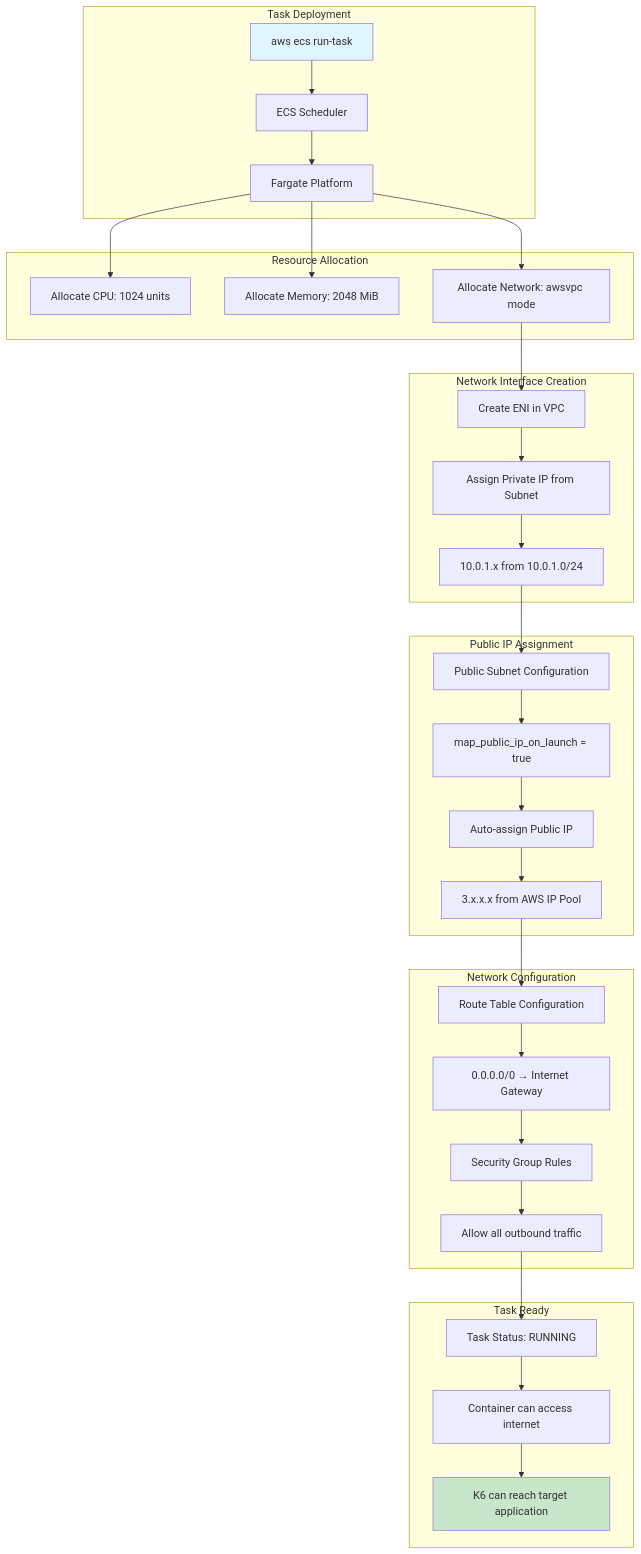
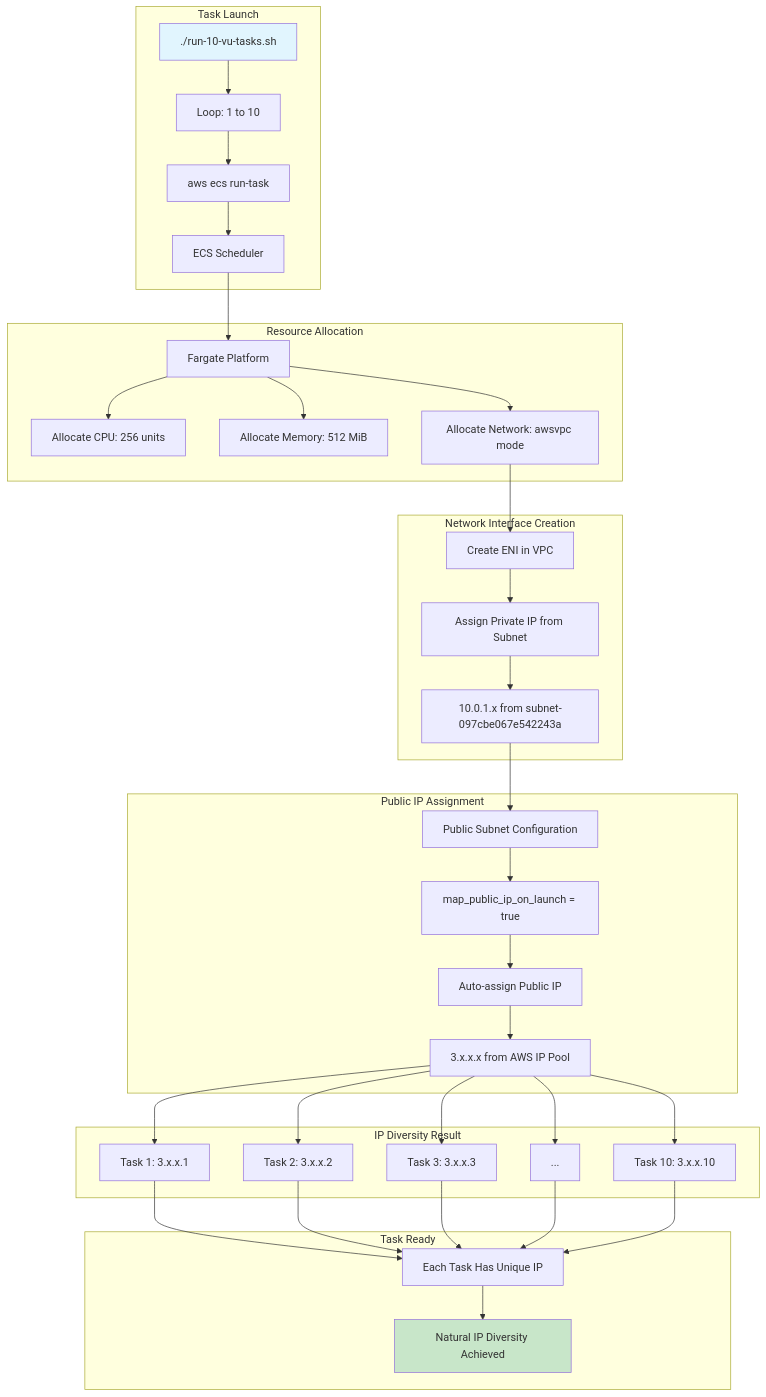
One commit to stprojects3006/aflow-app changed the second of 8 diagrams in testing-projects/iploads-with-k6-container/FLOWCHARTS.md. Above: the diagram before and after it, drawn with Mermaid. The commit also changed other lines of this file and 39 other files, not shown here.

Commit message:
with additional automations for iploads-k6 setup on aws ecs

````diff
--- a/testing-projects/iploads-with-k6-container/FLOWCHARTS.md
+++ b/testing-projects/iploads-with-k6-container/FLOWCHARTS.md
@@ -92,42 +98,48 @@
 ```mermaid
 flowchart TD
-    subgraph "Task Deployment"
-        A[aws ecs run-task] --> B[ECS Scheduler]
-        B --> C[Fargate Platform]
+    subgraph "Task Launch"
+        A[./run-10-vu-tasks.sh] --> B[Loop: 1 to 10]
+        B --> C[aws ecs run-task]
+        C --> D[ECS Scheduler]
     end
     
     subgraph "Resource Allocation"
-        C --> D[Allocate CPU: 1024 units]
-        C --> E[Allocate Memory: 2048 MiB]
-        C --> F[Allocate Network: awsvpc mode]
+        D --> E[Fargate Platform]
+        E --> F[Allocate CPU: 256 units]
+        E --> G[Allocate Memory: 512 MiB]
+        E --> H[Allocate Network: awsvpc mode]
     end
     
     subgraph "Network Interface Creation"
-        F --> G[Create ENI in VPC]
-        G --> H[Assign Private IP from Subnet]
-        H --> I[10.0.1.x from 10.0.1.0/24]
+        H --> I[Create ENI in VPC]
+        I --> J[Assign Private IP from Subnet]
+        J --> K[10.0.1.x from subnet-097cbe067e542243a]
     end
     
     subgraph "Public IP Assignment"
-        I --> J[Public Subnet Configuration]
-        J --> K[map_public_ip_on_launch = true]
-        K --> L[Auto-assign Public IP]
-        L --> M[3.x.x.x from AWS IP Pool]
+        K --> L[Public Subnet Configuration]
+        L --> M[map_public_ip_on_launch = true]
+        M --> N[Auto-assign Public IP]
+        N --> O[3.x.x.x from AWS IP Pool]
     end
     
-    subgraph "Network Configuration"
-        M --> N[Route Table Configuration]
-        N --> O[0.0.0.0/0 → Internet Gateway]
-        O --> P[Security Group Rules]
-        P --> Q[Allow all outbound traffic]
+    subgraph "IP Diversity Result"
+        O --> P[Task 1: 3.x.x.1]
+        O --> Q[Task 2: 3.x.x.2]
+        O --> R[Task 3: 3.x.x.3]
+        O --> S[...]
+        O --> T[Task 10: 3.x.x.10]
     end
     
     subgraph "Task Ready"
-        Q --> R[Task Status: RUNNING]
-        R --> S[Container can access internet]
-        S --> T[K6 can reach target application]
+        P --> U[Each Task Has Unique IP]
+        Q --> U
+        R --> U
+        S --> U
+        T --> U
+        U --> V[Natural IP Diversity Achieved]
     end
     
     style A fill:#e1f5fe
-    style T fill:#c8e6c9
+    style V fill:#c8e6c9
 ```
````
